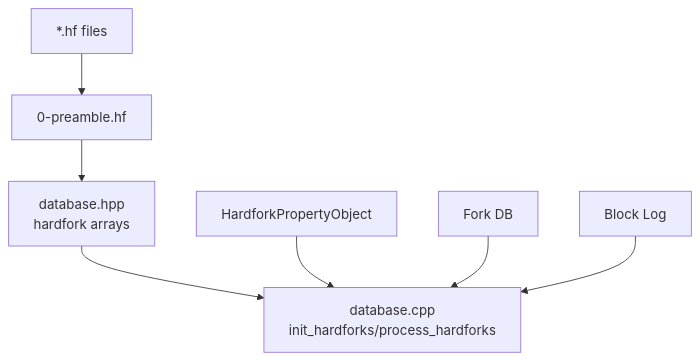
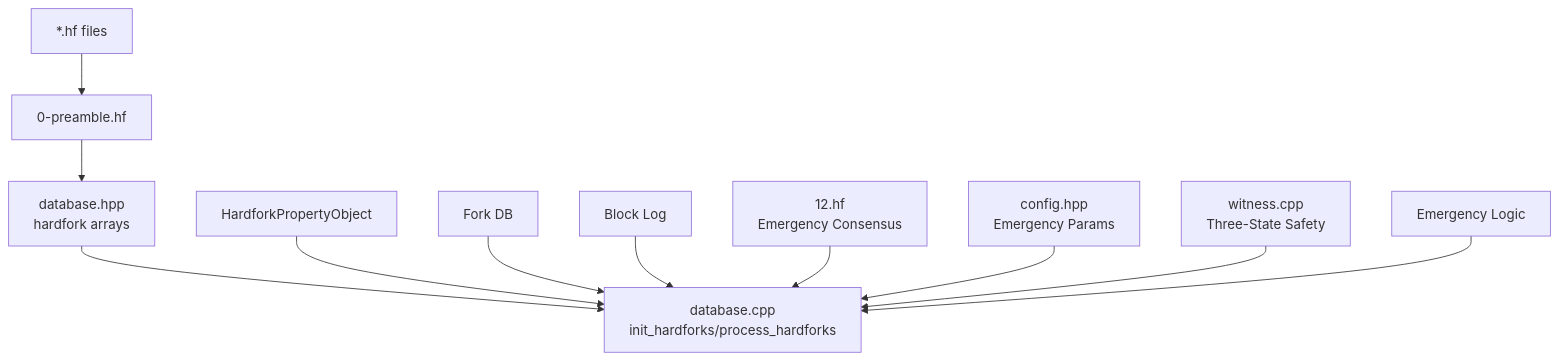
Before and after one commit to VIZ-Blockchain/viz-cpp-node: the seventh of 7 diagrams in .qoder/repowiki/en/content/Advanced Topics/Hardfork Management.md, drawn with Mermaid. The commit also changed other lines of this file and 4 other files, not shown here.

First line of the commit message:
feat(hardfork): add HF12 emergency consensus recovery mechanisms

````diff
--- a/.qoder/repowiki/en/content/Advanced Topics/Hardfork Management.md
+++ b/.qoder/repowiki/en/content/Advanced Topics/Hardfork Management.md
@@ -331,16 +451,24 @@
 ```mermaid
 graph TB
 HFFiles["*.hf files"]
 Preamble["0-preamble.hf"]
+HF12["12.hf<br/>Emergency Consensus"]
 DBHdr["database.hpp<br/>hardfork arrays"]
 DBInit["database.cpp<br/>init_hardforks/process_hardforks"]
 HFProps["HardforkPropertyObject"]
 ForkDB["Fork DB"]
 BlockLog["Block Log"]
+Config["config.hpp<br/>Emergency Params"]
+Witness["witness.cpp<br/>Three-State Safety"]
+Emergency["Emergency Logic"]
 HFFiles --> Preamble
 Preamble --> DBHdr
 DBHdr --> DBInit
 HFProps --> DBInit
 ForkDB --> DBInit
 BlockLog --> DBInit
+HF12 --> DBInit
+Config --> DBInit
+Witness --> DBInit
+Emergency --> DBInit
 ```
````
